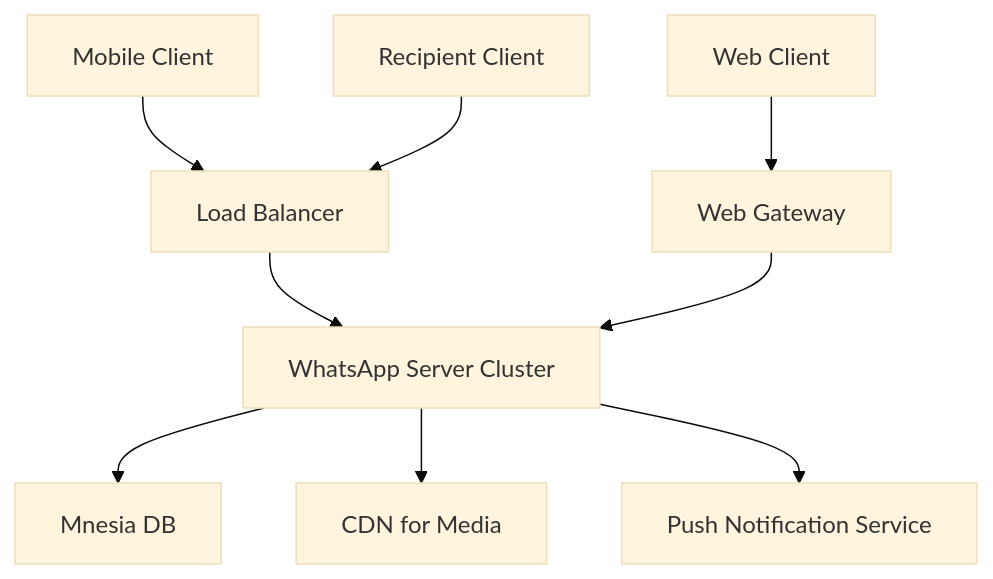
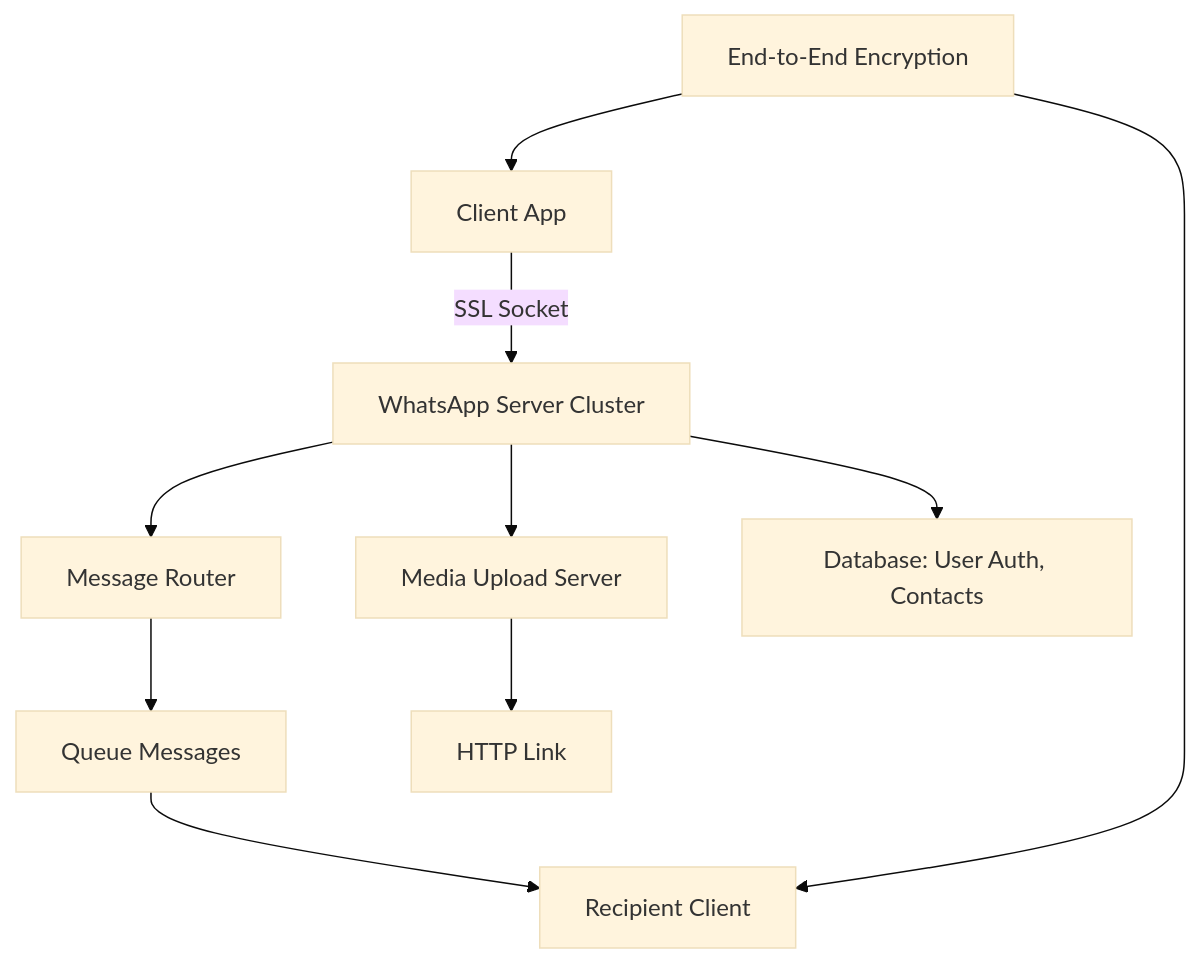
One commit to VrushankPatel/interview-matters changed the diagram in whatsapp-system-design/README.md. Above: the diagram before and after it, drawn with Mermaid (base theme). The commit also changed other lines of this file and 6 other files, not shown here.

Commit message:
kb: add/update topics YouTube System Design, WhatsApp System Design, Facebook System Design, Google Maps System Design

````diff
--- a/whatsapp-system-design/README.md
+++ b/whatsapp-system-design/README.md
@@ -37,11 +28,12 @@
 ```mermaid
 graph TD
-    A[Mobile Client] --> B[Load Balancer]
-    B --> C[WhatsApp Server Cluster]
-    C --> D[Mnesia DB]
-    C --> E[CDN for Media]
-    C --> F[Push Notification Service]
-    G[Recipient Client] --> B
-    H[Web Client] --> I[Web Gateway]
-    I --> C
+    A[Client App] -->|SSL Socket| B[WhatsApp Server Cluster]
+    B --> C[Message Router]
+    C --> D[Queue Messages]
+    D --> E[Recipient Client]
+    B --> F[Media Upload Server]
+    F --> G[HTTP Link]
+    B --> H[Database: User Auth, Contacts]
+    I[End-to-End Encryption] --> A
+    I --> E
 ```
````
